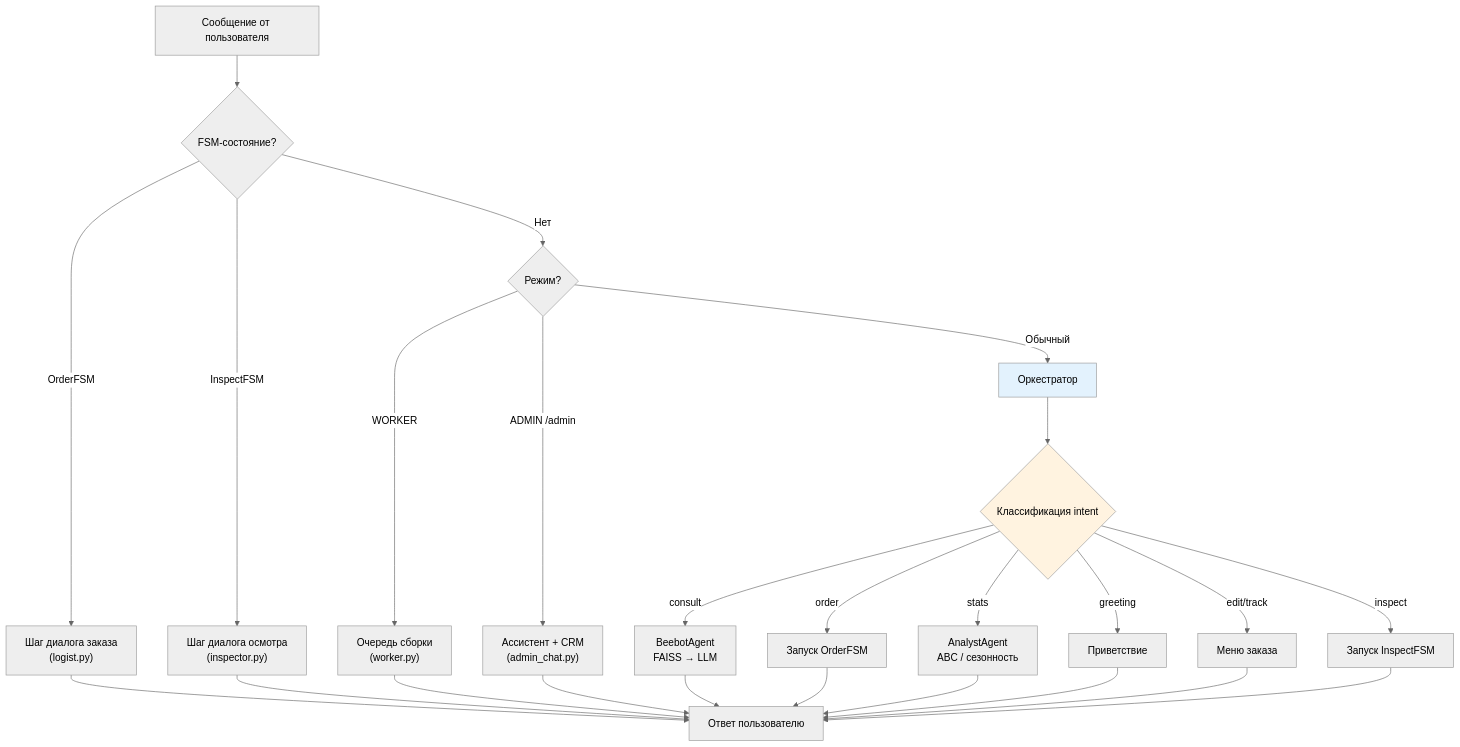
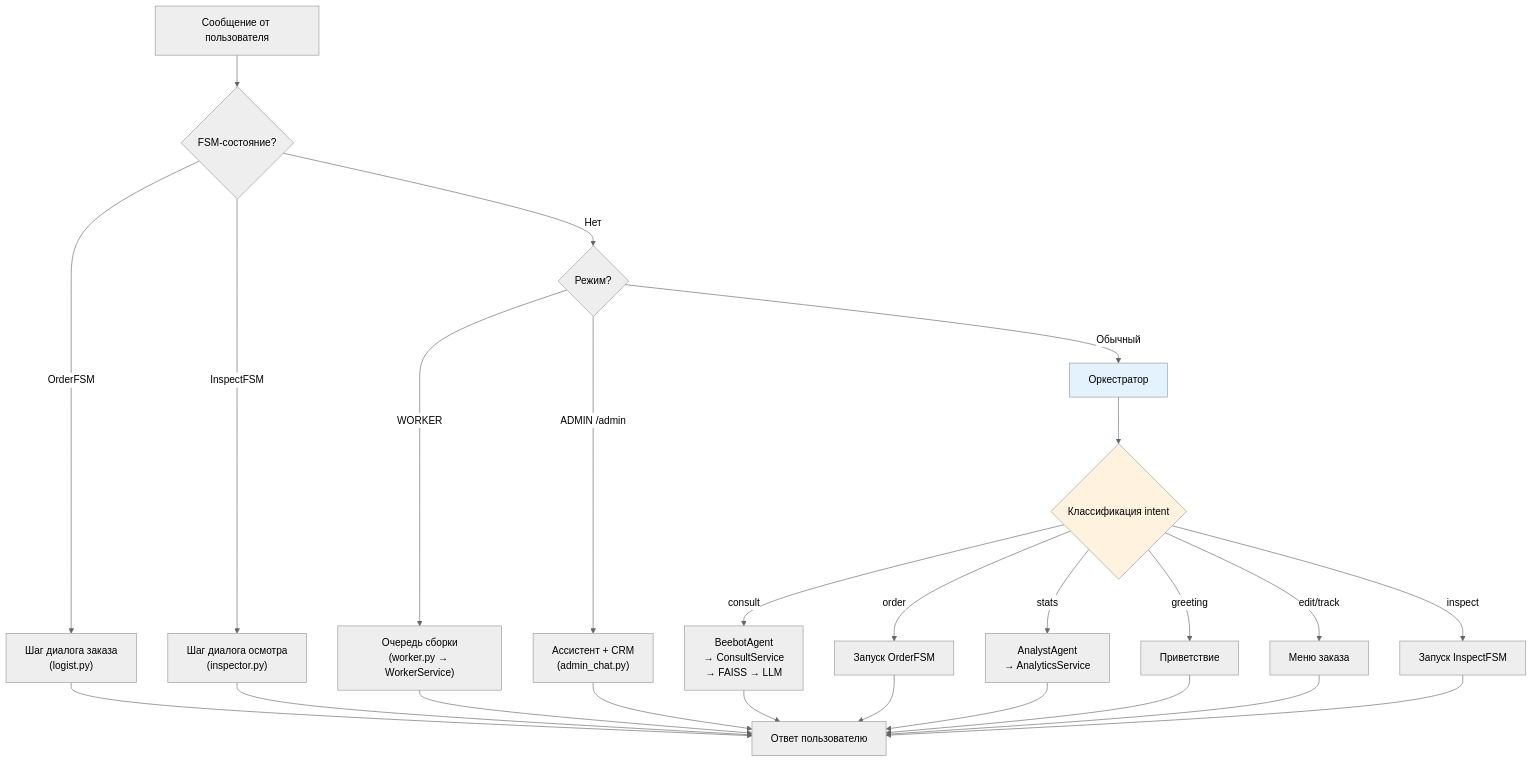
One commit to alekseymavai/BEEBOT changed the fifth of 15 diagrams in docs/architecture.md. Above: the diagram before and after it, drawn with Mermaid (neutral theme). The commit also changed other lines of this file and 42 other files, not shown here.

````diff
--- a/docs/architecture.md
+++ b/docs/architecture.md
@@ -64,27 +283,27 @@
 ```mermaid
 flowchart TD
     MSG["Сообщение от пользователя"] --> FSM{"FSM-состояние?"}
 
     FSM -->|"OrderFSM"| ORDER_FSM["Шаг диалога заказа<br/>(logist.py)"]
     FSM -->|"InspectFSM"| INSPECT_FSM["Шаг диалога осмотра<br/>(inspector.py)"]
     FSM -->|"Нет"| MODE{"Режим?"}
 
-    MODE -->|"WORKER"| WORKER["Очередь сборки<br/>(worker.py)"]
+    MODE -->|"WORKER"| WORKER["Очередь сборки<br/>(worker.py → WorkerService)"]
     MODE -->|"ADMIN /admin"| ADMIN["Ассистент + CRM<br/>(admin_chat.py)"]
     MODE -->|"Обычный"| ORCH["Оркестратор"]
 
     ORCH --> CLASSIFY{"Классификация intent"}
 
-    CLASSIFY -->|"consult"| BEEBOT["BeebotAgent<br/>FAISS → LLM"]
+    CLASSIFY -->|"consult"| BEEBOT["BeebotAgent<br/>→ ConsultService<br/>→ FAISS → LLM"]
     CLASSIFY -->|"order"| START_FSM["Запуск OrderFSM"]
-    CLASSIFY -->|"stats"| ANALYST["AnalystAgent<br/>ABC / сезонность"]
+    CLASSIFY -->|"stats"| ANALYST["AnalystAgent<br/>→ AnalyticsService"]
     CLASSIFY -->|"greeting"| GREET["Приветствие"]
     CLASSIFY -->|"edit/track"| MENU["Меню заказа"]
     CLASSIFY -->|"inspect"| START_INSPECT["Запуск InspectFSM"]
 
     BEEBOT --> RESPONSE["Ответ пользователю"]
     ORDER_FSM & INSPECT_FSM & WORKER & ADMIN & START_FSM & ANALYST & GREET & MENU & START_INSPECT --> RESPONSE
 
     style ORCH fill:#e3f2fd
     style CLASSIFY fill:#fff3e0
 ```
````
